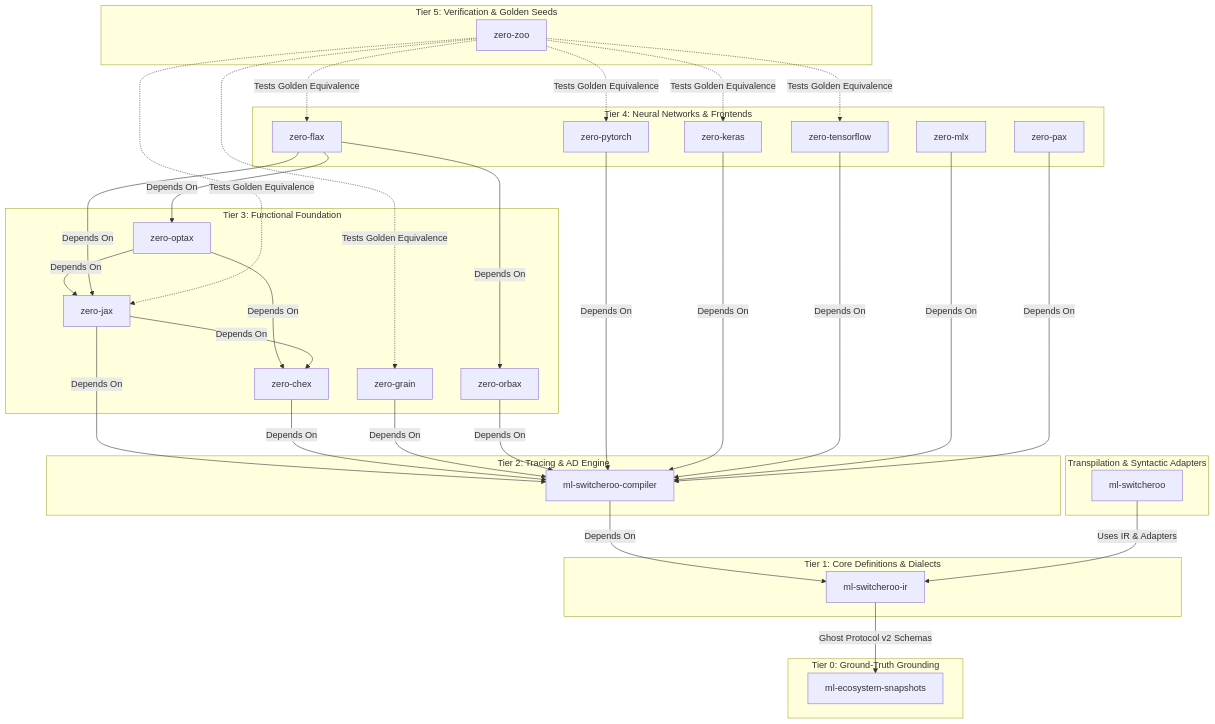
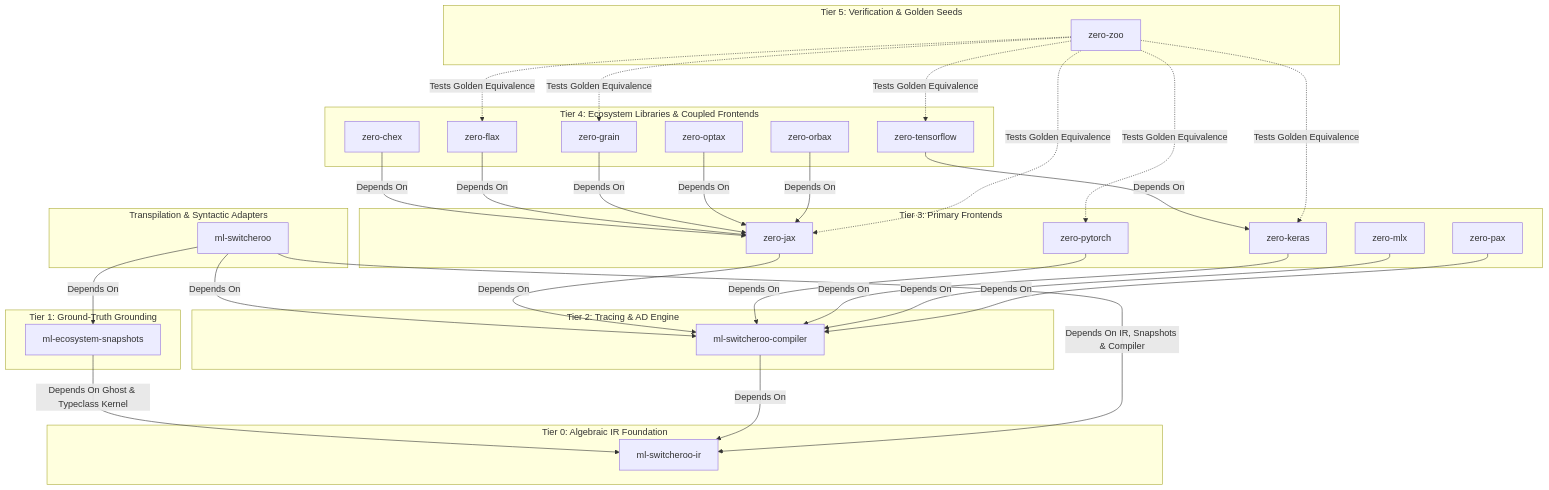
The second of 4 diagrams in ARCHITECTURE.md (SamuelMarks/ml-switcheroo-ir), drawn with Mermaid before and after one commit. The commit also changed other lines of this file and 40 other files, not shown here.

````diff
--- a/ARCHITECTURE.md
+++ b/ARCHITECTURE.md
@@ -60,68 +60,65 @@
 ```mermaid
 graph TD
-    subgraph Tier 0: Ground-Truth Grounding
-        SNAPS[ml-ecosystem-snapshots]
+    subgraph Tier 0: Algebraic IR Foundation
+        IR[ml-switcheroo-ir]
     end
 
-    subgraph Tier 1: Core Definitions & Dialects
-        IR[ml-switcheroo-ir]
+    subgraph Tier 1: Ground-Truth Grounding
+        SNAPS[ml-ecosystem-snapshots]
     end
 
     subgraph Tier 2: Tracing & AD Engine
         COMP[ml-switcheroo-compiler]
     end
 
     subgraph Transpilation & Syntactic Adapters
         SW[ml-switcheroo]
     end
 
-    subgraph Tier 3: Functional Foundation
+    subgraph Tier 3: Primary Frontends
         ZJ[zero-jax]
-        ZC[zero-chex]
-        ZO[zero-optax]
-        ZG[zero-grain]
-        ZOB[zero-orbax]
+        ZP[zero-pytorch]
+        ZK[zero-keras]
+        ZM[zero-mlx]
+        ZPX[zero-pax]
     end
 
-    subgraph Tier 4: Neural Networks & Frontends
+    subgraph Tier 4: Ecosystem Libraries & Coupled Frontends
+        ZT[zero-tensorflow]
+        ZC[zero-chex]
         ZF[zero-flax]
-        ZP[zero-pytorch]
-        ZK[zero-keras]
-        ZT[zero-tensorflow]
-        ZM[zero-mlx]
-        ZPX[zero-pax]
+        ZG[zero-grain]
+        ZO[zero-optax]
+        ZOB[zero-orbax]
     end
 
     subgraph Tier 5: Verification & Golden Seeds
         ZZ[zero-zoo]
     end
 
-    IR -->|Ghost Protocol v2 Schemas| SNAPS
+    SNAPS -->|Depends On Ghost & Typeclass Kernel| IR
     COMP -->|Depends On| IR
-    SW -->|Uses IR & Adapters| IR
+    SW -->|Depends On IR, Snapshots & Compiler| IR
+    SW -->|Depends On| SNAPS
+    SW -->|Depends On| COMP
 
     ZJ -->|Depends On| COMP
-    ZC -->|Depends On| COMP
-    ZO -->|Depends On| ZJ
-    ZO -->|Depends On| ZC
-    ZG -->|Depends On| COMP
-    ZOB -->|Depends On| COMP
-    ZJ -->|Depends On| ZC
-
-    ZF -->|Depends On| ZJ
-    ZF -->|Depends On| ZO
-    ZF -->|Depends On| ZOB
-
     ZP -->|Depends On| COMP
     ZK -->|Depends On| COMP
-    ZT -->|Depends On| COMP
     ZM -->|Depends On| COMP
     ZPX -->|Depends On| COMP
+
+    ZT -->|Depends On| ZK
+    ZC -->|Depends On| ZJ
+    ZF -->|Depends On| ZJ
+    ZG -->|Depends On| ZJ
+    ZO -->|Depends On| ZJ
+    ZOB -->|Depends On| ZJ
 
     ZZ -.->|Tests Golden Equivalence| ZF
     ZZ -.->|Tests Golden Equivalence| ZP
     ZZ -.->|Tests Golden Equivalence| ZK
     ZZ -.->|Tests Golden Equivalence| ZJ
     ZZ -.->|Tests Golden Equivalence| ZT
     ZZ -.->|Tests Golden Equivalence| ZG
 ```
````
